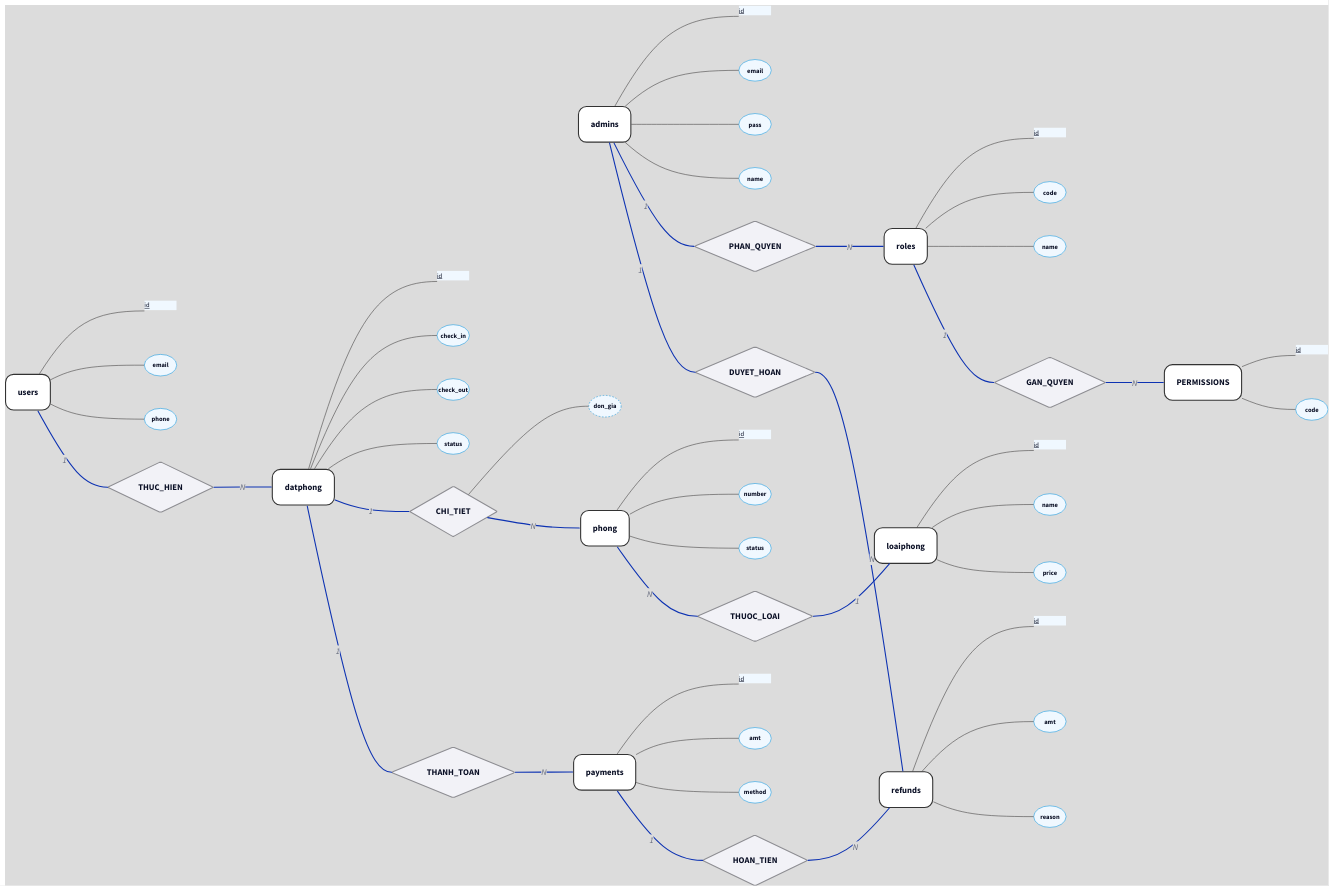
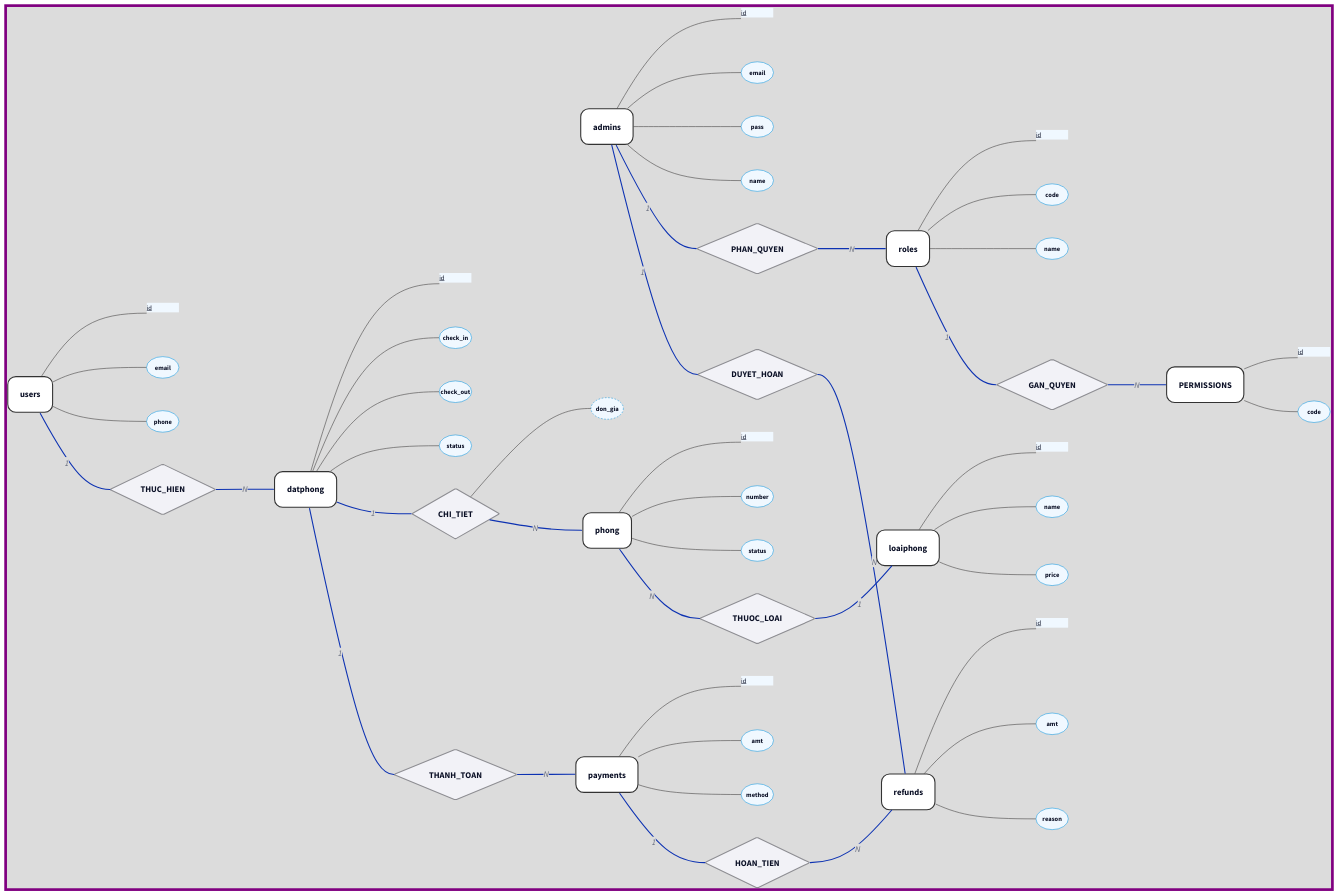
One commit to sam-uit/typst-report-template changed the diagram in content/er.d2. Above: the diagram before and after it, drawn with D2.

```diff
--- a/content/er.d2
+++ b/content/er.d2
@@ -1,183 +1,185 @@
 # Template: D2
 # Author: Sam Dinh
 # Mục đích: Tạo ER Diagram Chen Notation.
 # Trang nguồn: https://d2lang.com/
 # VSCode extension: Terrastruct.d2
 
 direction: right
 
 style: {
   font: "mono"
   fill: "#dcdcdc"
+  stroke: "purple"
+  stroke-width: 5
 }
 
 # --- 1. CSS STYLES (THEME) ---
 classes: {
   # Thực thể: Chữ nhật bo góc Apple style
   entity: {
     shape: rectangle
     style: {
       border-radius: 15
       stroke-width: 2
       fill: "#FFFFFF"
       stroke: "#333333"
     }
   }
 
   # Thuộc tính: Oval màu xanh nhạt
   attr: {
     shape: oval
     width: 60
     height: 40
     style: {
       fill: "#F0F8FF"
       stroke: "#0d95de"
       stroke-width: 1
       font-size: 12
     }
   }
 
   # Quan hệ: Hình thoi
   rel: {
     shape: diamond
     style: {
       fill: "#F2F2F7"
       stroke: "#8E8E93"
     }
   }
 
   # Đường nối thuộc tính: Màu nhạt
   link_attr: {
     style: {
       stroke: "#3a3838"
       stroke-width: 1
     }
   }
 }
 
 # --- 2. DATA MODEL ---
 
 # === AUTH SYSTEM ===
 admins: {class: entity}
 # Attributes
 admin_id: {class: attr; label: |md <u>id</u> |}
 admin_mail: {class: attr; label: email}
 admin_pass: {class: attr; label: pass}
 admin_name: {class: attr; label: name}
 # Connections
 admins -- admin_id: {class: link_attr}
 admins -- admin_mail: {class: link_attr}
 admins -- admin_pass: {class: link_attr}
 admins -- admin_name: {class: link_attr}
 
 roles: {class: entity}
 role_id: {class: attr; label: |md <u>id</u> |}
 role_code: {class: attr; label: code}
 role_name: {class: attr; label: name}
 roles -- role_id: {class: link_attr}
 roles -- role_code: {class: link_attr}
 roles -- role_name: {class: link_attr}
 
 perms: {class: entity; label: PERMISSIONS}
 perm_id: {class: attr; label: |md <u>id</u> |}
 perm_code: {class: attr; label: code}
 perms -- perm_id: {class: link_attr}
 perms -- perm_code: {class: link_attr}
 
 # === BOOKING SYSTEM ===
 users: {class: entity}
 user_id: {class: attr; label: |md <u>id</u> |}
 user_mail: {class: attr; label: email}
 user_phn: {class: attr; label: phone}
 users -- user_id: {class: link_attr}
 users -- user_mail: {class: link_attr}
 users -- user_phn: {class: link_attr}
 
 datphong: {class: entity}
 dp_id: {class: attr; label: |md <u>id</u> |}
 dp_in: {class: attr; label: check_in}
 dp_out: {class: attr; label: check_out}
 dp_stt: {class: attr; label: status}
 datphong -- dp_id: {class: link_attr}
 datphong -- dp_in: {class: link_attr}
 datphong -- dp_out: {class: link_attr}
 datphong -- dp_stt: {class: link_attr}
 
 phong: {class: entity}
 p_id: {class: attr; label: |md <u>id</u> |}
 p_num: {class: attr; label: number}
 p_stt: {class: attr; label: status}
 phong -- p_id: {class: link_attr}
 phong -- p_num: {class: link_attr}
 phong -- p_stt: {class: link_attr}
 
 loaiphong: {class: entity}
 lp_id: {class: attr; label: |md <u>id</u> |}
 lp_name: {class: attr; label: name}
 lp_price: {class: attr; label: price}
 loaiphong -- lp_id: {class: link_attr}
 loaiphong -- lp_name: {class: link_attr}
 loaiphong -- lp_price: {class: link_attr}
 
 # === FINANCE SYSTEM ===
 payments: {class: entity}
 pay_id: {class: attr; label: |md <u>id</u> |}
 pay_amt: {class: attr; label: amt}
 pay_mth: {class: attr; label: method}
 payments -- pay_id: {class: link_attr}
 payments -- pay_amt: {class: link_attr}
 payments -- pay_mth: {class: link_attr}
 
 refunds: {class: entity}
 rf_id: {class: attr; label: |md <u>id</u> |}
 rf_amt: {class: attr; label: amt}
 rf_rsn: {class: attr; label: reason}
 refunds -- rf_id: {class: link_attr}
 refunds -- rf_amt: {class: link_attr}
 refunds -- rf_rsn: {class: link_attr}
 
 # --- 3. RELATIONSHIPS ---
 
 phan_quyen: {class: rel; label: PHAN_QUYEN}
 gan_quyen: {class: rel; label: GAN_QUYEN}
 thuc_hien: {class: rel; label: THUC_HIEN}
 chi_tiet: {class: rel; label: CHI_TIET}
 thuoc_loai: {class: rel; label: THUOC_LOAI}
 thanh_toan: {class: rel; label: THANH_TOAN}
 hoan_tien: {class: rel; label: HOAN_TIEN}
 duyet_hoan: {class: rel; label: DUYET_HOAN}
 
 # Attribute of Relationship
 attr_dongia: {class: attr; label: don_gia; style: {stroke-dash: 3}}
 chi_tiet -- attr_dongia: {class: link_attr}
 
 # --- 4. CONNECTIONS ---
 
 # Admin Flow
 admins -- phan_quyen: 1
 phan_quyen -- roles: N
 
 roles -- gan_quyen: 1
 gan_quyen -- perms: N
 
 # User Flow
 users -- thuc_hien: 1
 thuc_hien -- datphong: N
 
 # Room Flow
 datphong -- chi_tiet: 1
 chi_tiet -- phong: N
 
 phong -- thuoc_loai: N
 thuoc_loai -- loaiphong: 1
 
 # Payment Flow
 datphong -- thanh_toan: 1
 thanh_toan -- payments: N
 
 payments -- hoan_tien: 1
 hoan_tien -- refunds: N
 
 # Approval Flow
 admins -- duyet_hoan: 1
 duyet_hoan -- refunds: N
```
